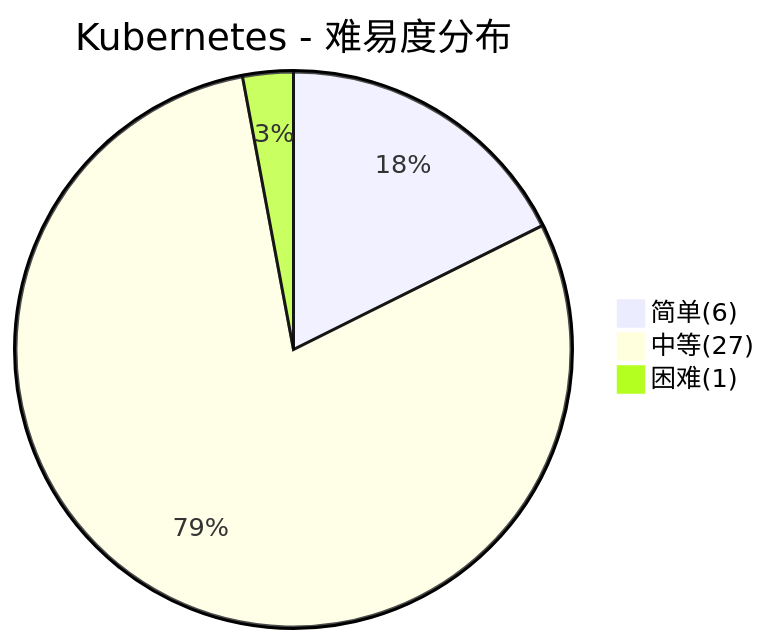
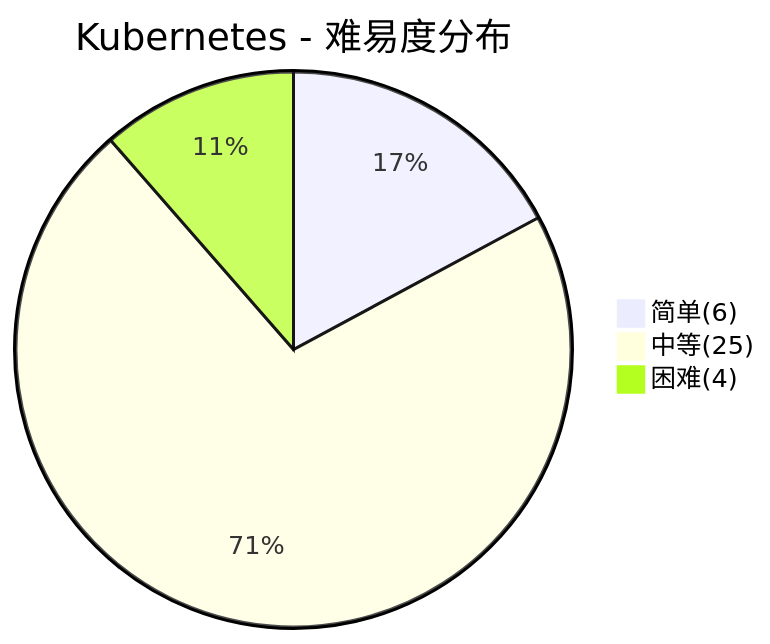
The third of 5 diagrams in docs/99.面试/DevOps面试.md (dunwu/waterdrop), drawn with Mermaid before and after one commit. The commit also changed other lines of this file and 73 other files, not shown here.

````diff
--- a/docs/99.面试/DevOps面试.md
+++ b/docs/99.面试/DevOps面试.md
@@ -142,6 +142,6 @@
 ```mermaid
 pie title Kubernetes - 难易度分布
     "简单(6)" : 6
-    "中等(27)" : 27
-    "困难(1)" : 1
+    "中等(25)" : 25
+    "困难(4)" : 4
 ```
````
